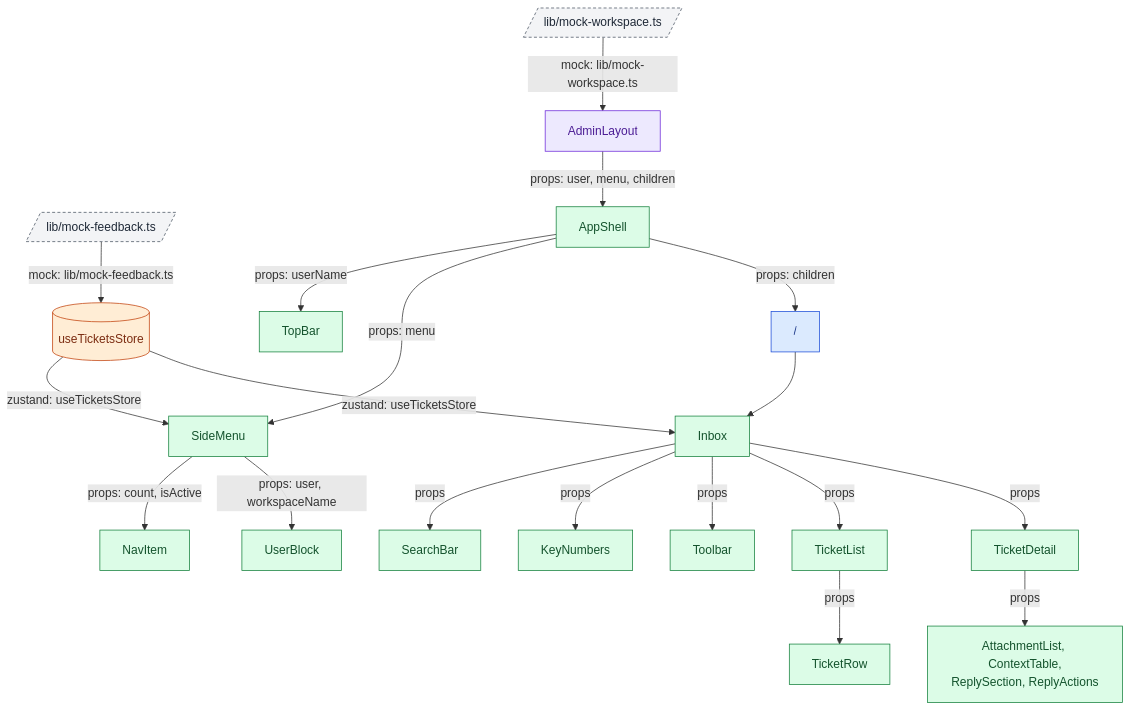
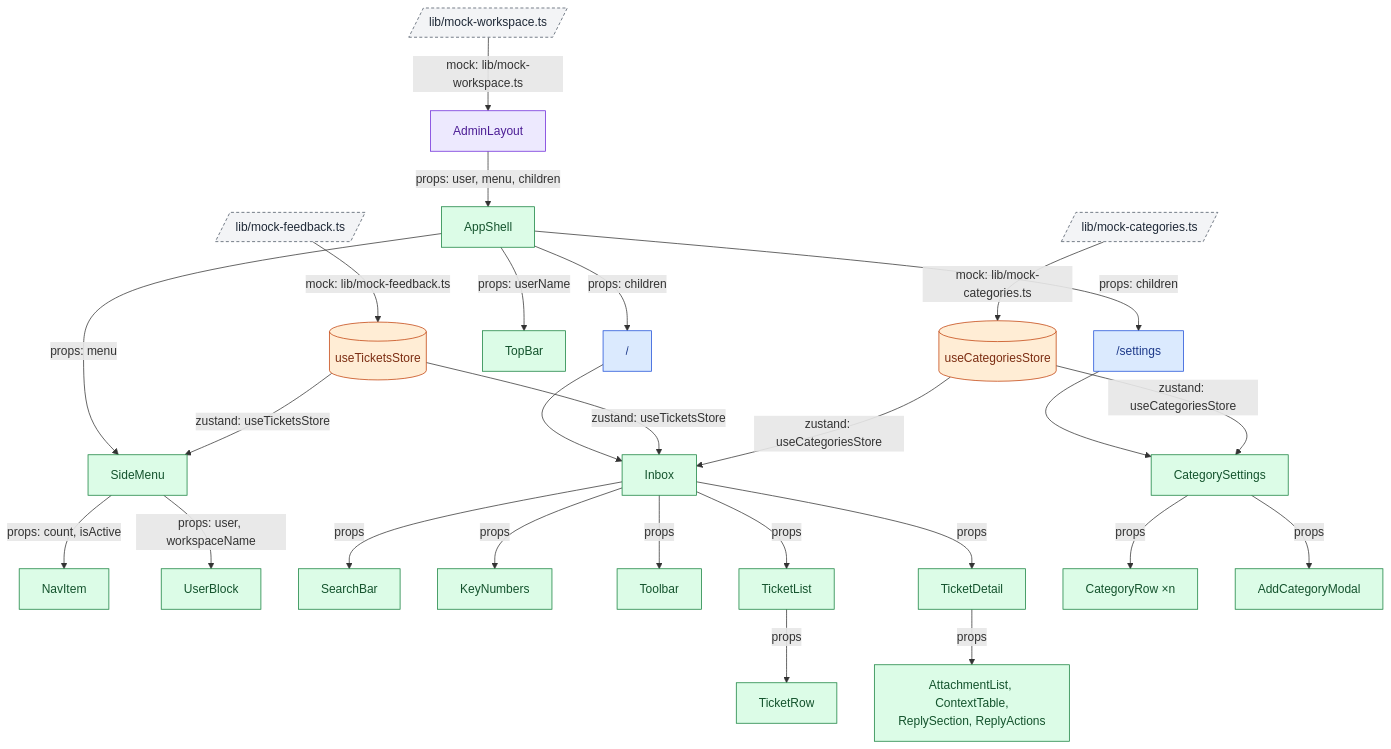
Before and after one commit to AlberteViendahl/feedback: the eighth of 13 diagrams in apps/admin/docs/architecture.md, drawn with Mermaid. The commit also changed other lines of this file, not shown here.

Commit message:
Updates to architecture

````diff
--- a/apps/admin/docs/architecture.md
+++ b/apps/admin/docs/architecture.md
@@ -262,48 +286,62 @@
 ```mermaid
 flowchart TD
   MockWorkspace[/"lib/mock-workspace.ts"/]:::mock
   MockFeedback[/"lib/mock-feedback.ts"/]:::mock
+  MockCategories[/"lib/mock-categories.ts"/]:::mock
   Store[("useTicketsStore")]:::store
+  CategoryStore[("useCategoriesStore")]:::store
 
   AdminLayout["AdminLayout"]:::layout
   AppShell["AppShell"]:::component
   TopBar["TopBar"]:::component
   SideMenu["SideMenu"]:::component
   NavItem["NavItem"]:::component
   UserBlock["UserBlock"]:::component
 
   Home["/"]:::page
   Inbox["Inbox"]:::component
   SearchBar["SearchBar"]:::component
   KeyNumbers["KeyNumbers"]:::component
   Toolbar["Toolbar"]:::component
   TicketList["TicketList"]:::component
   TicketRow["TicketRow"]:::component
   TicketDetail["TicketDetail"]:::component
   Sections["AttachmentList, ContextTable,<br/>ReplySection, ReplyActions"]:::component
+
+  Settings["/settings"]:::page
+  CategorySettings["CategorySettings"]:::component
+  CategoryRow["CategoryRow ×n"]:::component
+  AddCategoryModal["AddCategoryModal"]:::component
 
   MockWorkspace -- "mock: lib/mock-workspace.ts" --> AdminLayout
   AdminLayout -- "props: user, menu, children" --> AppShell
   AppShell -- "props: userName" --> TopBar
   AppShell -- "props: menu" --> SideMenu
   SideMenu -- "props: count, isActive" --> NavItem
   SideMenu -- "props: user, workspaceName" --> UserBlock
   AppShell -- "props: children" --> Home
   Home --> Inbox
   MockFeedback -- "mock: lib/mock-feedback.ts" --> Store
   Store -- "zustand: useTicketsStore" --> SideMenu
   Store -- "zustand: useTicketsStore" --> Inbox
   Inbox -- "props" --> SearchBar
   Inbox -- "props" --> KeyNumbers
   Inbox -- "props" --> Toolbar
   Inbox -- "props" --> TicketList
   TicketList -- "props" --> TicketRow
   Inbox -- "props" --> TicketDetail
   TicketDetail -- "props" --> Sections
+  AppShell -- "props: children" --> Settings
+  Settings --> CategorySettings
+  MockCategories -- "mock: lib/mock-categories.ts" --> CategoryStore
+  CategoryStore -- "zustand: useCategoriesStore" --> CategorySettings
+  CategoryStore -- "zustand: useCategoriesStore" --> Inbox
+  CategorySettings -- "props" --> CategoryRow
+  CategorySettings -- "props" --> AddCategoryModal
 
   classDef page fill:#DBEAFE,stroke:#1D4ED8,color:#1E3A8A
   classDef layout fill:#EDE9FE,stroke:#6D28D9,color:#4C1D95
   classDef component fill:#DCFCE7,stroke:#15803D,color:#14532D
   classDef store fill:#FFEDD5,stroke:#C2410C,color:#7C2D12
   classDef mock fill:#F3F4F6,stroke:#4B5563,color:#1F2937,stroke-dasharray:4 3
 ```
````
